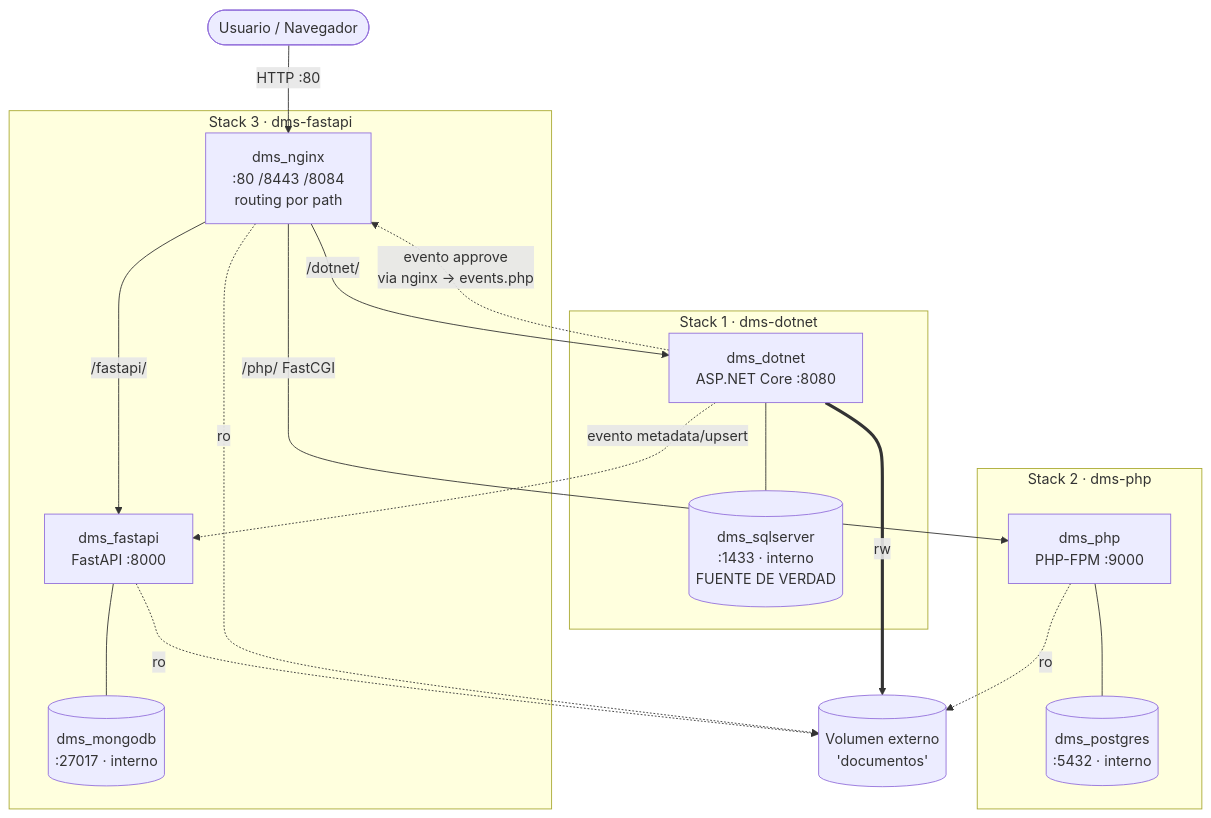
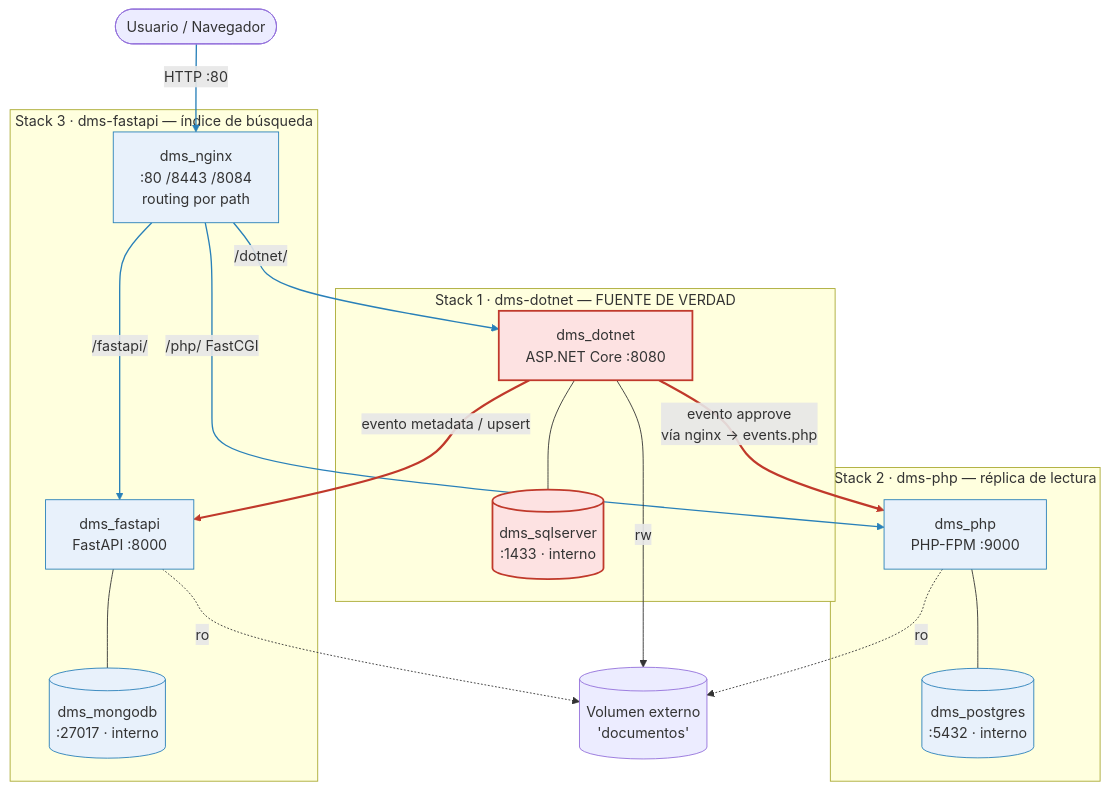
The first of 3 diagrams in README.md (Ero-2/Sistema-Gestion-Documental), drawn with Mermaid before and after one commit. The commit also changed other lines of this file and 4 other files, not shown here.

````diff
--- a/README.md
+++ b/README.md
@@ -52,37 +57,45 @@
 ```mermaid
 flowchart TB
     user([Usuario / Navegador])
 
-    subgraph fastapi_stack["Stack 3 · dms-fastapi"]
+    subgraph dotnet_stack["Stack 1 · dms-dotnet — FUENTE DE VERDAD"]
+        dotnet["dms_dotnet<br/>ASP.NET Core :8080"]
+        sql[("dms_sqlserver<br/>:1433 · interno")]
+        dotnet --- sql
+    end
+
+    subgraph php_stack["Stack 2 · dms-php — réplica de lectura"]
+        php["dms_php<br/>PHP-FPM :9000"]
+        pg[("dms_postgres<br/>:5432 · interno")]
+        php --- pg
+    end
+
+    subgraph fastapi_stack["Stack 3 · dms-fastapi — índice de búsqueda"]
         nginx["dms_nginx<br/>:80 /8443 /8084<br/>routing por path"]
         fastapi["dms_fastapi<br/>FastAPI :8000"]
         mongo[("dms_mongodb<br/>:27017 · interno")]
         fastapi --- mongo
     end
 
-    subgraph dotnet_stack["Stack 1 · dms-dotnet"]
-        dotnet["dms_dotnet<br/>ASP.NET Core :8080"]
-        sql[("dms_sqlserver<br/>:1433 · interno<br/>FUENTE DE VERDAD")]
-        dotnet --- sql
-    end
-
-    subgraph php_stack["Stack 2 · dms-php"]
-        php["dms_php<br/>PHP-FPM :9000"]
-        pg[("dms_postgres<br/>:5432 · interno")]
-        php --- pg
-    end
-
+    %% Ingreso de usuarios (azul) — independiente de los eventos
     user -->|HTTP :80| nginx
     nginx -->|/php/ FastCGI| php
     nginx -->|/dotnet/| dotnet
     nginx -->|/fastapi/| fastapi
 
-    dotnet -.->|evento approve<br/>via nginx → events.php| nginx
-    dotnet -.->|evento metadata/upsert| fastapi
+    %% Propagación de eventos (rojo) — SOLO .NET -> secundarios
+    dotnet ==>|evento approve<br/>vía nginx → events.php| php
+    dotnet ==>|evento metadata / upsert| fastapi
 
     docs[("Volumen externo<br/>'documentos'")]
-    dotnet ==>|rw| docs
+    dotnet -->|rw| docs
     php -. ro .-> docs
     fastapi -. ro .-> docs
-    nginx -. ro .-> docs
+
+    classDef truth fill:#fde2e2,stroke:#c0392b,stroke-width:2px;
+    classDef sec fill:#e8f1fb,stroke:#2980b9;
+    class dotnet,sql truth;
+    class php,pg,fastapi,mongo,nginx sec;
+    linkStyle 3,4,5,6 stroke:#2980b9,stroke-width:1.5px;
+    linkStyle 7,8 stroke:#c0392b,stroke-width:2.5px;
 ```
````
